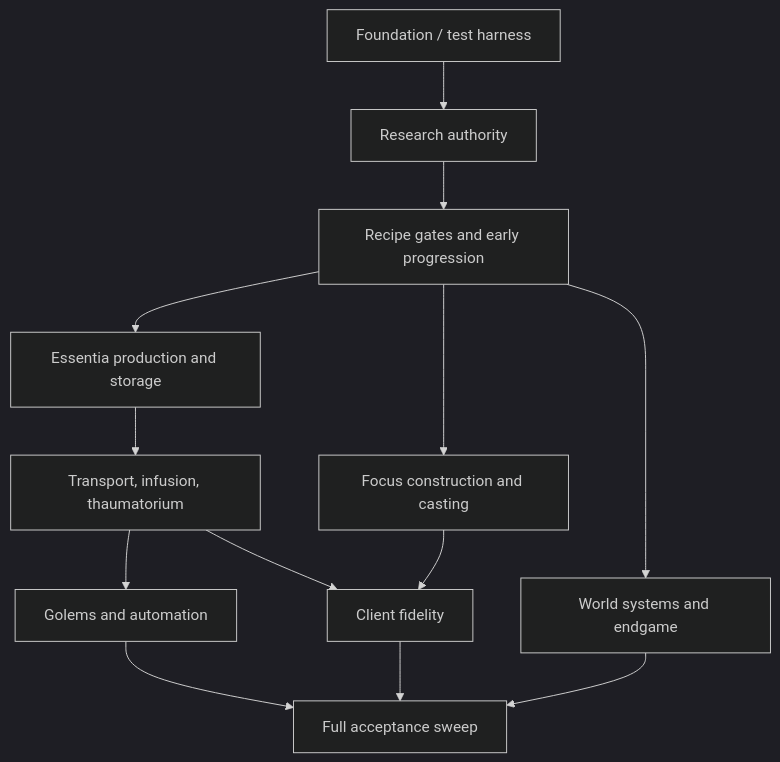
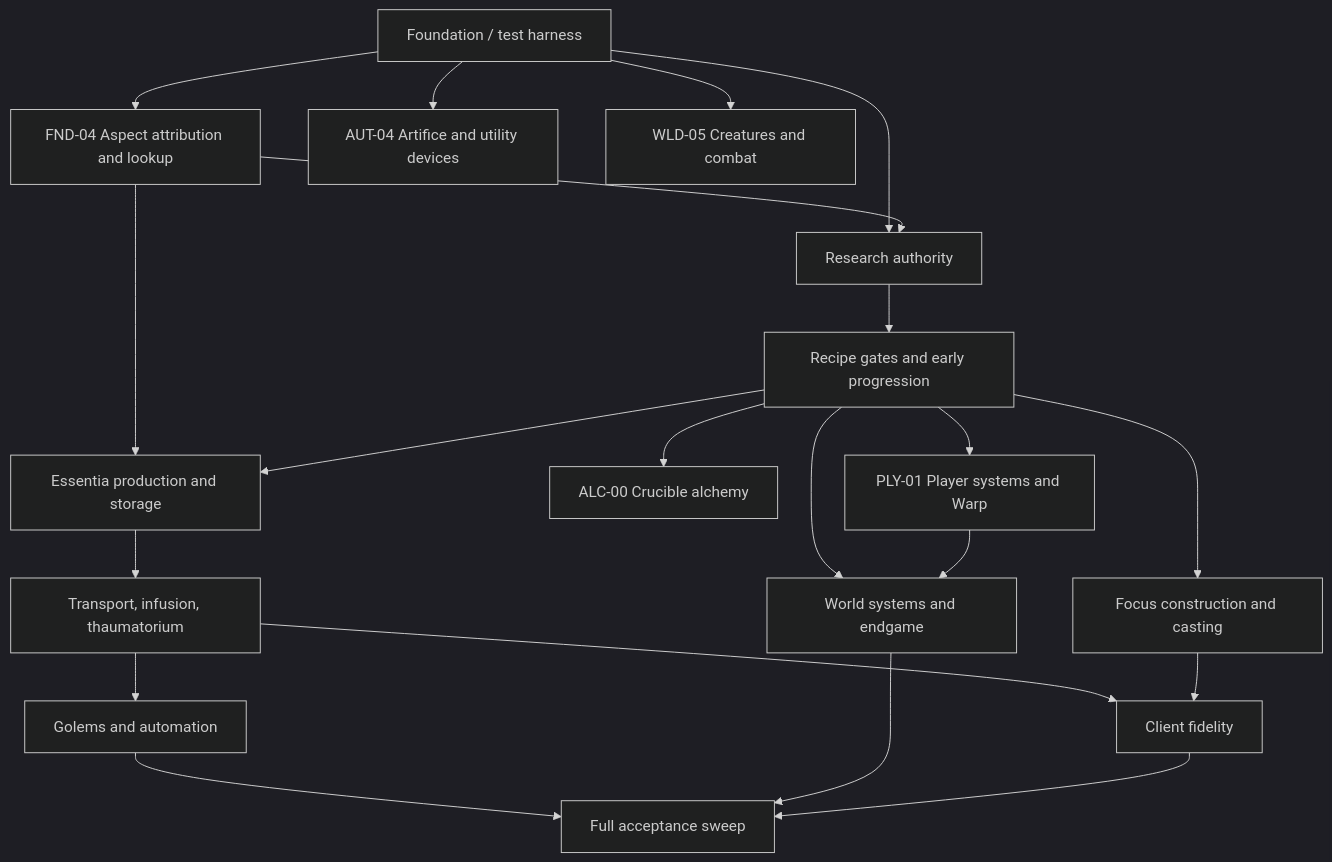
One commit to MrBeastyCakes/Thaumcraft-6-Source-Code-1.20.1 changed the diagram in docs/agent-pipeline/parity-workboard.md. Above: the diagram before and after it, drawn with Mermaid (dark theme). The commit also changed other lines of this file and 6 other files, not shown here.

````diff
--- a/docs/agent-pipeline/parity-workboard.md
+++ b/docs/agent-pipeline/parity-workboard.md
@@ -20,15 +20,23 @@
 ```mermaid
 flowchart TD
   FND0[Foundation / test harness] --> RSR0[Research authority]
+  FND0 --> FND04[FND-04 Aspect attribution and lookup]
+  FND04 --> RSR0
+  FND04 --> ALC0[Essentia production and storage]
   RSR0 --> RSR1[Recipe gates and early progression]
-  RSR1 --> ALC0[Essentia production and storage]
+  RSR1 --> ALC00[ALC-00 Crucible alchemy]
+  RSR1 --> ALC0
   ALC0 --> ALC1[Transport, infusion, thaumatorium]
   RSR1 --> CAS0[Focus construction and casting]
   ALC1 --> AUT0[Golems and automation]
+  FND0 --> AUT04[AUT-04 Artifice and utility devices]
   RSR1 --> WLD0[World systems and endgame]
+  FND0 --> WLD05[WLD-05 Creatures and combat]
+  RSR1 --> PLY01[PLY-01 Player systems and Warp]
+  PLY01 --> WLD0
   ALC1 --> CLI0[Client fidelity]
   CAS0 --> CLI0
   AUT0 --> REL0[Full acceptance sweep]
   WLD0 --> REL0
   CLI0 --> REL0
 ```
````
